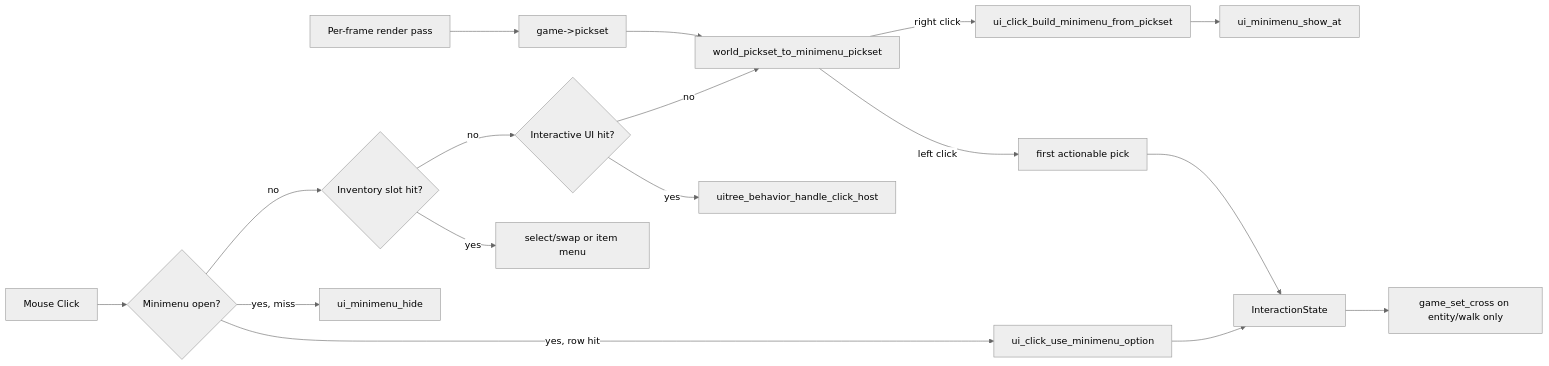
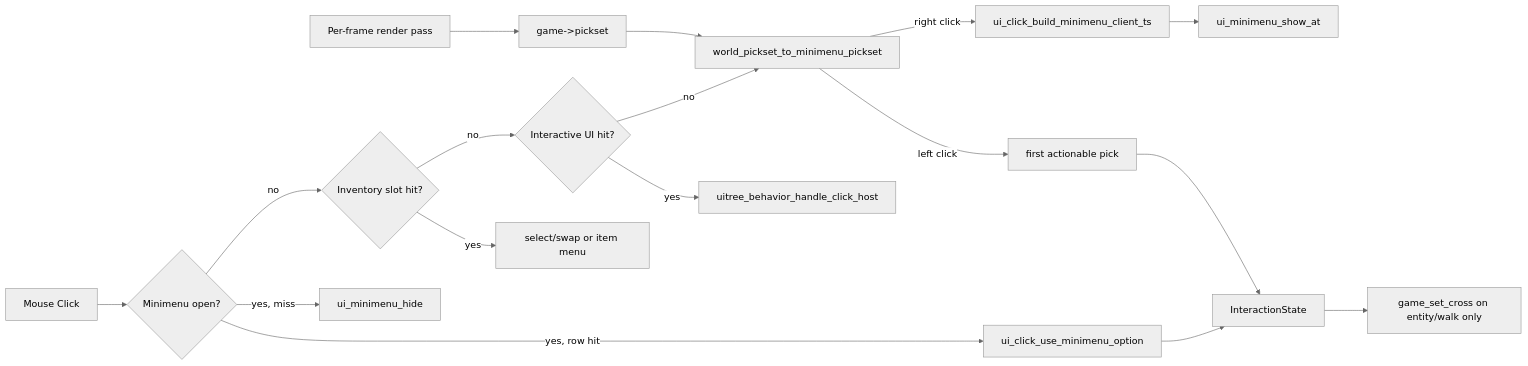
One commit to MRobertEvers/oldschool-clientc changed the diagram in docs/ui_click_system.md. Above: the diagram before and after it, drawn with Mermaid (neutral theme). The commit also changed other lines of this file and 36 other files, not shown here.

Commit message:
INV Slot graphics

````diff
--- a/docs/ui_click_system.md
+++ b/docs/ui_click_system.md
@@ -20,19 +20,19 @@
 ```mermaid
 flowchart LR
     frame[Per-frame render pass] --> worldPickset[game->pickset]
     click[Mouse Click] --> hitMenu{Minimenu open?}
     hitMenu -->|yes, row hit| useOption[ui_click_use_minimenu_option]
     hitMenu -->|yes, miss| closeMenu[ui_minimenu_hide]
     hitMenu -->|no| hitInv{Inventory slot hit?}
     hitInv -->|yes| invAction[select/swap or item menu]
     hitInv -->|no| hitUI{Interactive UI hit?}
     hitUI -->|yes| behaviorHost[uitree_behavior_handle_click_host]
     hitUI -->|no| worldConvert[world_pickset_to_minimenu_pickset]
     worldPickset --> worldConvert
     worldConvert -->|left click| defaultAction[first actionable pick]
-    worldConvert -->|right click| buildMenu[ui_click_build_minimenu_from_pickset]
-    buildMenu --> showMenu[ui_minimenu_show_at]
+    worldConvert -->|right click| regionBuild[ui_click_build_minimenu_client_ts]
+    regionBuild --> showMenu[ui_minimenu_show_at]
     useOption --> interactionState[InteractionState]
     defaultAction --> interactionState
     interactionState --> crossUpdate[game_set_cross on entity/walk only]
 ```
````
